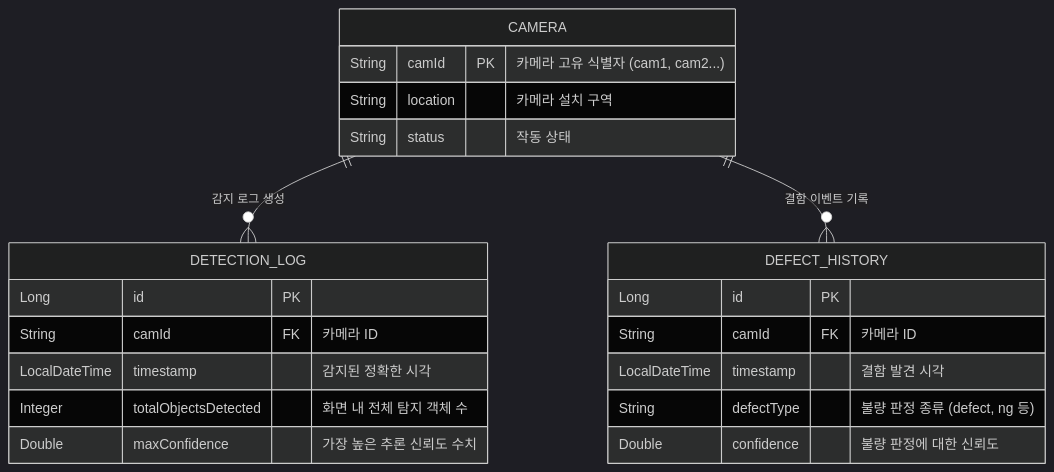
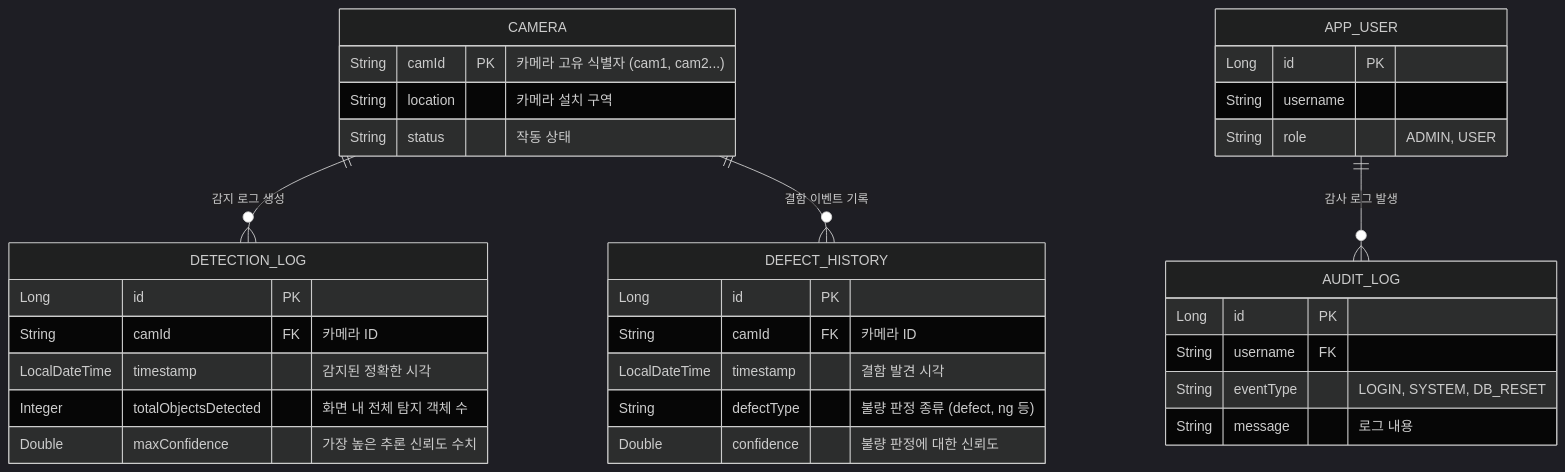
Before and after one commit to farmer0010/SmartFactory-Vision: the third of 3 diagrams in README_KR.md, drawn with Mermaid (dark theme). The commit also changed other lines of this file and 48 other files, not shown here.

Commit message:
Refactor: remove all comments, secure secrets, update README and diagrams for Phase 7

````diff
--- a/README_KR.md
+++ b/README_KR.md
@@ -154,29 +161,43 @@
 ```mermaid
 erDiagram
     %% 관계성 정의
     CAMERA ||--o{ DETECTION_LOG : "감지 로그 생성"
     CAMERA ||--o{ DEFECT_HISTORY : "결함 이벤트 기록"
+    APP_USER ||--o{ AUDIT_LOG : "감사 로그 발생"
 
     %% 엔티티
     CAMERA {
         String camId PK "카메라 고유 식별자 (cam1, cam2...)"
         String location "카메라 설치 구역"
         String status "작동 상태"
     }
 
     DETECTION_LOG {
         Long id PK
         String camId FK "카메라 ID"
         LocalDateTime timestamp "감지된 정확한 시각"
         Integer totalObjectsDetected "화면 내 전체 탐지 객체 수"
         Double maxConfidence "가장 높은 추론 신뢰도 수치"
     }
 
     DEFECT_HISTORY {
         Long id PK
         String camId FK "카메라 ID"
         LocalDateTime timestamp "결함 발견 시각"
         String defectType "불량 판정 종류 (defect, ng 등)"
         Double confidence "불량 판정에 대한 신뢰도"
     }
+    
+    APP_USER {
+        Long id PK
+        String username
+        String role "ADMIN, USER"
+    }
+    
+    AUDIT_LOG {
+        Long id PK
+        String username FK
+        String eventType "LOGIN, SYSTEM, DB_RESET"
+        String message "로그 내용"
+    }
 ```
````
